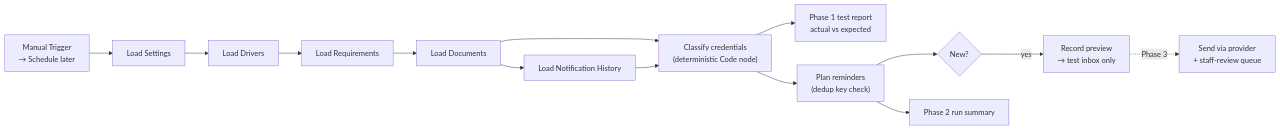
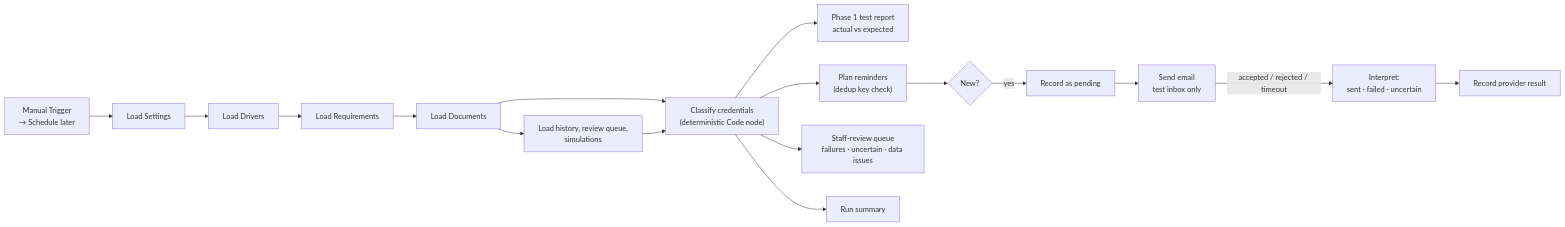
Before and after one commit to novaboostlabs/documinder: the diagram in README.md, drawn with Mermaid. The commit also changed other lines of this file and 15 other files, not shown here.

First line of the commit message:
Phase 3: real delivery, provider outcomes, staff-review queue (verified in n8n)

````diff
--- a/README.md
+++ b/README.md
@@ -55,16 +66,19 @@
 ```mermaid
 flowchart LR
   T[Manual Trigger<br/>→ Schedule later] --> S[Load Settings]
   S --> D[Load Drivers]
   D --> R[Load Requirements]
   R --> C[Load Documents]
   C --> H
   C --> K["Classify credentials<br/>(deterministic Code node)"]
-  H[Load Notification History] --> K
+  H[Load history, review queue,<br/>simulations] --> K
   K --> V[Phase 1 test report<br/>actual vs expected]
   K --> P["Plan reminders<br/>(dedup key check)"]
   P --> I{New?}
-  I -- yes --> W[Record preview<br/>→ test inbox only]
-  P --> U[Phase 2 run summary]
-  W -. Phase 3 .-> Q[Send via provider<br/>+ staff-review queue]
+  I -- yes --> W[Record as pending]
+  W --> E[Send email<br/>test inbox only]
+  E -- accepted / rejected / timeout --> X[Interpret:<br/>sent · failed · uncertain]
+  X --> Y[Record provider result]
+  K --> Q[Staff-review queue<br/>failures · uncertain · data issues]
+  K --> U[Run summary]
 ```
````
